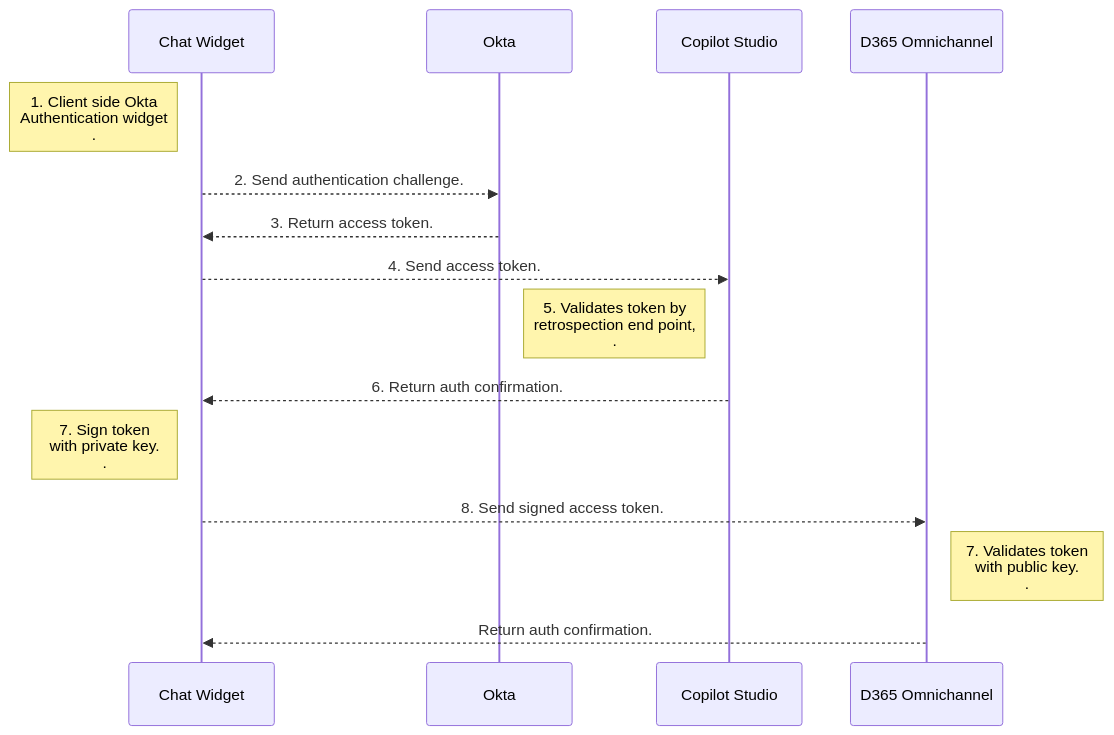
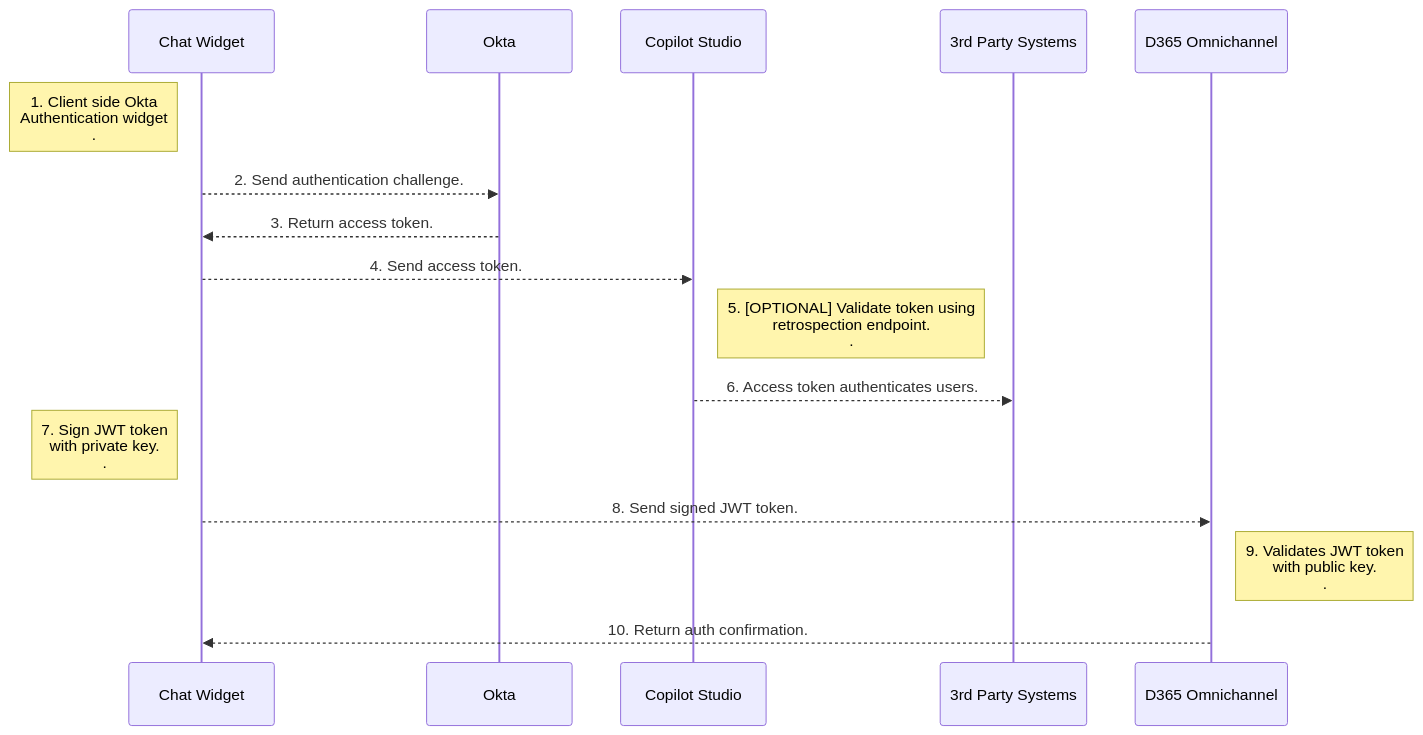
The diagram in README.md (kaul-vineet/C2ToOmnichannelCopilotSSO), drawn with Mermaid before and after one commit. The commit also changed other lines of this file and 20 other files, not shown here.

````diff
--- a/README.md
+++ b/README.md
@@ -9,14 +9,13 @@
 ```mermaid
 sequenceDiagram
 Note left of Chat Widget: 1. Client side Okta <br/>Authentication widget <br/>.
 Chat Widget -->> Okta: 2. Send authentication challenge.
 Okta-->> Chat Widget: 3. Return access token.
 Chat Widget -->> Copilot Studio: 4. Send access token.
-Note left of Copilot Studio: 5. Validates token by<br/> retrospection end point, <br/>.
-Copilot Studio -->> Chat Widget: 6. Return auth confirmation.
-Note left of Chat Widget: 7. Sign token <br/>with private key. <br/>.
-Chat Widget -->> D365 Omnichannel: 8. Send signed access token.
-Note right of D365 Omnichannel: 7. Validates token <br/>with public key. <br/>.
-D365 Omnichannel -->> Chat Widget : Return auth confirmation.
-
+Note right of Copilot Studio: 5. [OPTIONAL] Validate token using <br/>retrospection endpoint. <br/>.
+Copilot Studio -->> 3rd Party Systems: 6. Access token authenticates users.
+Note left of Chat Widget: 7. Sign JWT token <br/>with private key. <br/>.
+Chat Widget -->> D365 Omnichannel: 8. Send signed JWT token.
+Note right of D365 Omnichannel: 9. Validates JWT token <br/>with public key. <br/>.
+D365 Omnichannel -->> Chat Widget: 10. Return auth confirmation.
 ```
````
